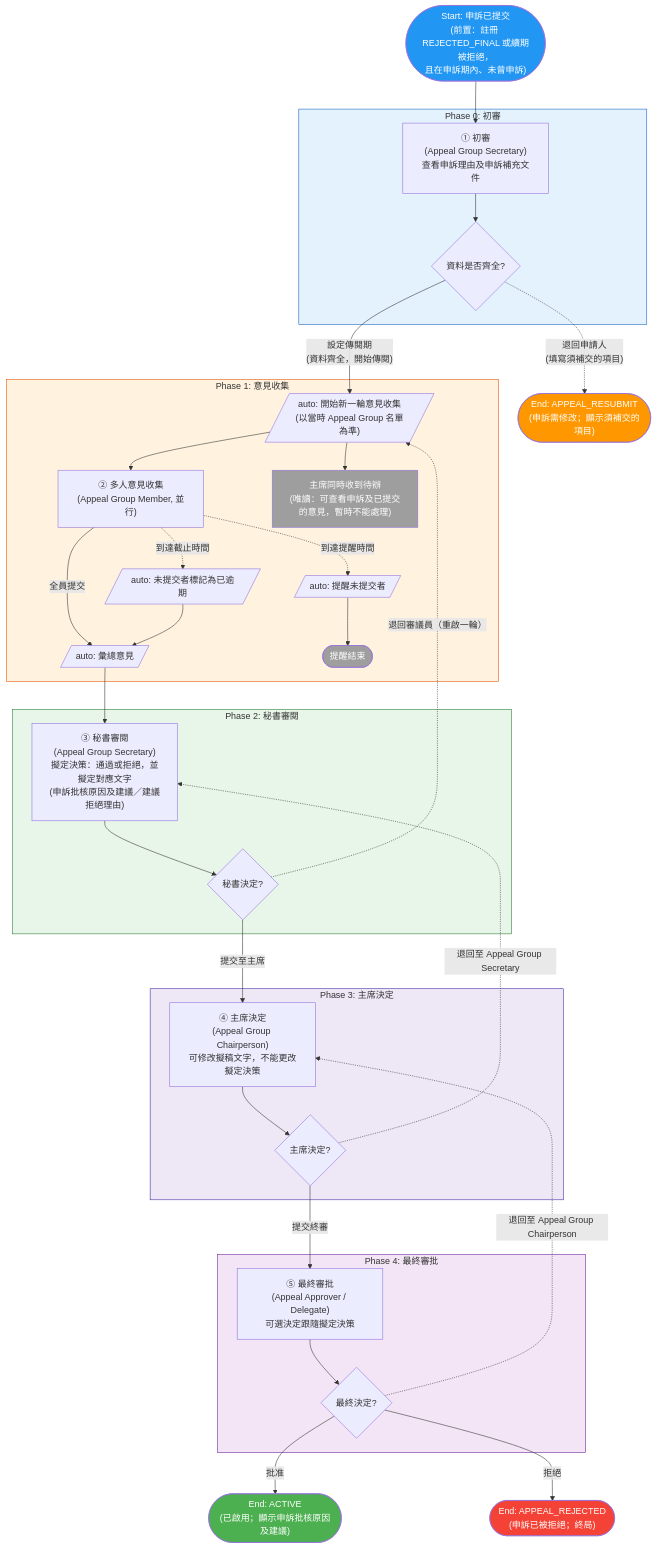
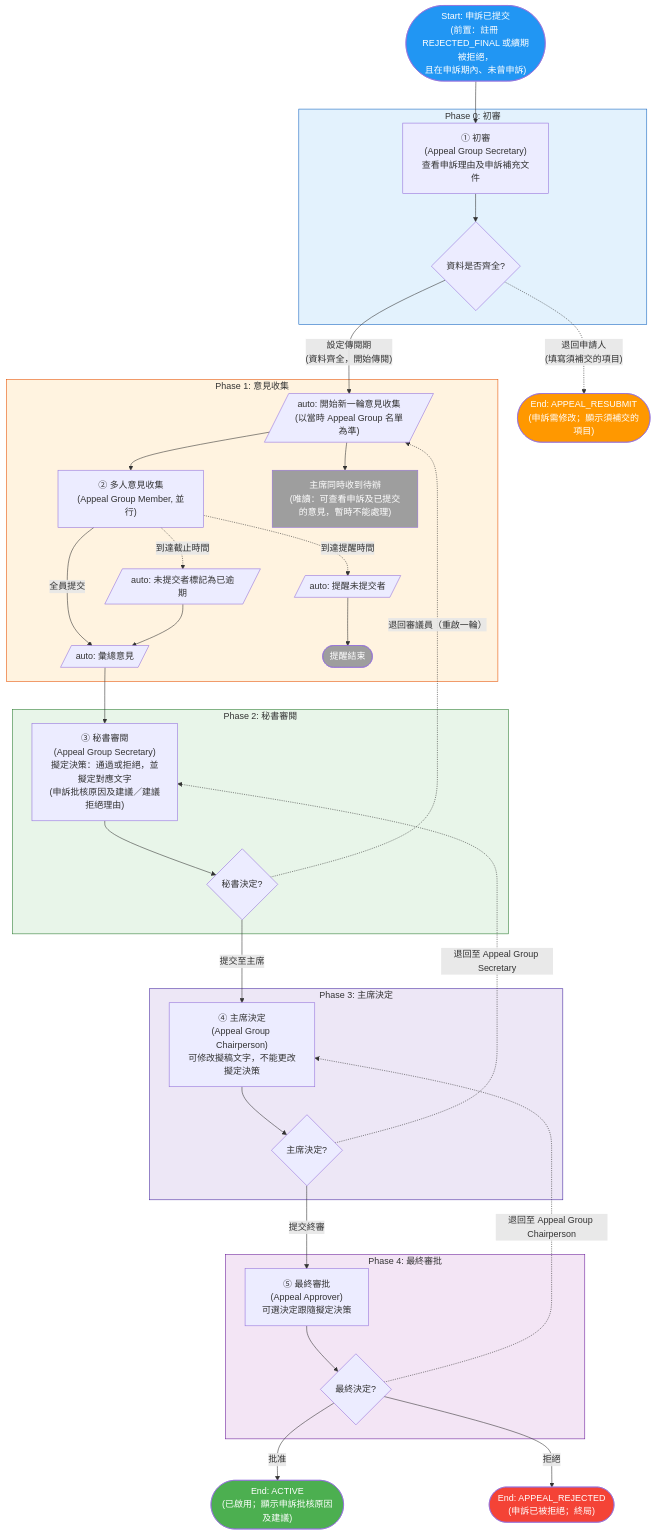
The fourth of 6 diagrams in docs/student-org-workflow-flowcharts.md (OneStar-Projects/SLAS-Docs), drawn with Mermaid before and after one commit. The commit also changed other lines of this file and 2 other files, not shown here.

````diff
--- a/docs/student-org-workflow-flowcharts.md
+++ b/docs/student-org-workflow-flowcharts.md
@@ -366,71 +366,71 @@
 ```mermaid
 flowchart TD
     Start(["Start: 申訴已提交<br/>(前置：註冊 REJECTED_FINAL 或續期被拒絕，<br/>且在申訴期內、未曾申訴)"])
     EndSupplement(["End: APPEAL_RESUBMIT<br/>(申訴需修改；顯示須補交的項目)"])
     EndApproved(["End: ACTIVE<br/>(已啟用；顯示申訴批核原因及建議)"])
     EndRejected(["End: APPEAL_REJECTED<br/>(申訴已被拒絕；終局)"])
 
     Start --> AppealSecretaryCheck
 
     subgraph Phase0["Phase 0: 初審"]
         AppealSecretaryCheck["① 初審<br/>(Appeal Group Secretary)<br/>查看申訴理由及申訴補充文件"]
         AppealSecretaryCheck --> InitGate{資料是否齊全?}
     end
 
     InitGate -.->|"退回申請人<br/>(填寫須補交的項目)"| EndSupplement
     InitGate -->|"設定傳閱期<br/>(資料齊全，開始傳閱)"| InitOpinion
 
     subgraph Phase1["Phase 1: 意見收集"]
         InitOpinion[/"auto: 開始新一輪意見收集<br/>(以當時 Appeal Group 名單為準)"/]
         InitOpinion --> CollectOpinions["② 多人意見收集<br/>(Appeal Group Member, 並行)"]
         InitOpinion --> AppealChairLocked["主席同時收到待辦<br/>(唯讀：可查看申訴及已提交的意見，暫時不能處理)"]
 
         CollectOpinions -->|"全員提交"| SummarizeOpinions
         CollectOpinions -.->|"到達截止時間"| TimeoutHandler[/"auto: 未提交者標記為已逾期"/]
         CollectOpinions -.->|"到達提醒時間"| SendReminder[/"auto: 提醒未提交者"/]
 
         TimeoutHandler --> SummarizeOpinions
         SendReminder --> ReminderEnd(["提醒結束"])
 
         SummarizeOpinions[/"auto: 彙總意見"/]
     end
 
     SummarizeOpinions --> AppealSecretaryReview
 
     subgraph Phase2["Phase 2: 秘書審閱"]
         AppealSecretaryReview["③ 秘書審閱<br/>(Appeal Group Secretary)<br/>擬定決策：通過或拒絕，並擬定對應文字<br/>(申訴批核原因及建議／建議拒絕理由)"]
         AppealSecretaryReview --> SecretaryGate{秘書決定?}
     end
 
     SecretaryGate -.->|"退回審議員（重啟一輪）"| InitOpinion
     SecretaryGate -->|"提交至主席"| AppealChairDecision
 
     subgraph Phase3["Phase 3: 主席決定"]
         AppealChairDecision["④ 主席決定<br/>(Appeal Group Chairperson)<br/>可修改擬稿文字，不能更改擬定決策"]
         AppealChairDecision --> ChairGate{主席決定?}
     end
 
     ChairGate -.->|"退回至 Appeal Group Secretary"| AppealSecretaryReview
     ChairGate -->|"提交終審"| FinalApproval
 
     subgraph Phase4["Phase 4: 最終審批"]
-        FinalApproval["⑤ 最終審批<br/>(Appeal Approver / Delegate)<br/>可選決定跟隨擬定決策"]
+        FinalApproval["⑤ 最終審批<br/>(Appeal Approver)<br/>可選決定跟隨擬定決策"]
         FinalApproval --> FinalGate{最終決定?}
     end
 
     FinalGate -->|"批准"| EndApproved
     FinalGate -->|"拒絕"| EndRejected
     FinalGate -.->|"退回至 Appeal Group Chairperson"| AppealChairDecision
 
     style Start fill:#2196F3,color:#fff
     style EndApproved fill:#4CAF50,color:#fff
     style EndRejected fill:#f44336,color:#fff
     style EndSupplement fill:#FF9800,color:#fff
     style ReminderEnd fill:#9E9E9E,color:#fff
     style AppealChairLocked fill:#9E9E9E,color:#fff
     style Phase0 fill:#E3F2FD,stroke:#1565C0
     style Phase1 fill:#FFF3E0,stroke:#E65100
     style Phase2 fill:#E8F5E9,stroke:#2E7D32
     style Phase3 fill:#EDE7F6,stroke:#4527A0
     style Phase4 fill:#F3E5F5,stroke:#6A1B9A
 ```
````
